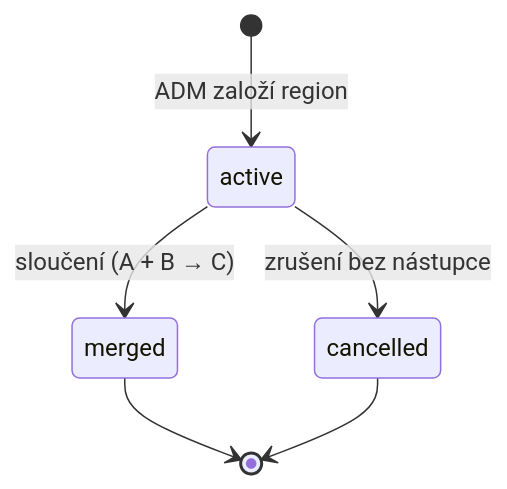
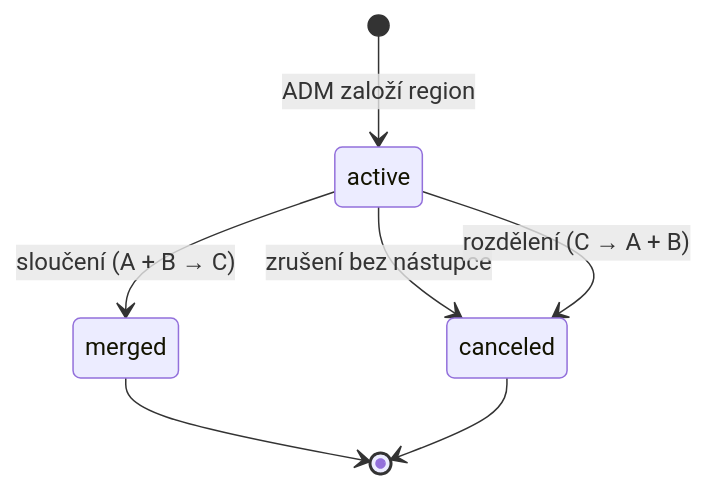
One commit to jendamozna/du-doc changed the diagram in docs/region-lifecycle.md. Above: the diagram before and after it, drawn with Mermaid. The commit also changed other lines of this file and 23 other files, not shown here.

````diff
--- a/docs/region-lifecycle.md
+++ b/docs/region-lifecycle.md
@@ -26,10 +26,11 @@
 ```mermaid
 stateDiagram-v2
     [*] --> active : ADM založí region
 
     active --> merged : sloučení (A + B → C)
-    active --> cancelled : zrušení bez nástupce
+    active --> canceled : zrušení bez nástupce
+    active --> canceled : rozdělení (C → A + B)
 
     merged --> [*]
-    cancelled --> [*]
+    canceled --> [*]
 ```
````
